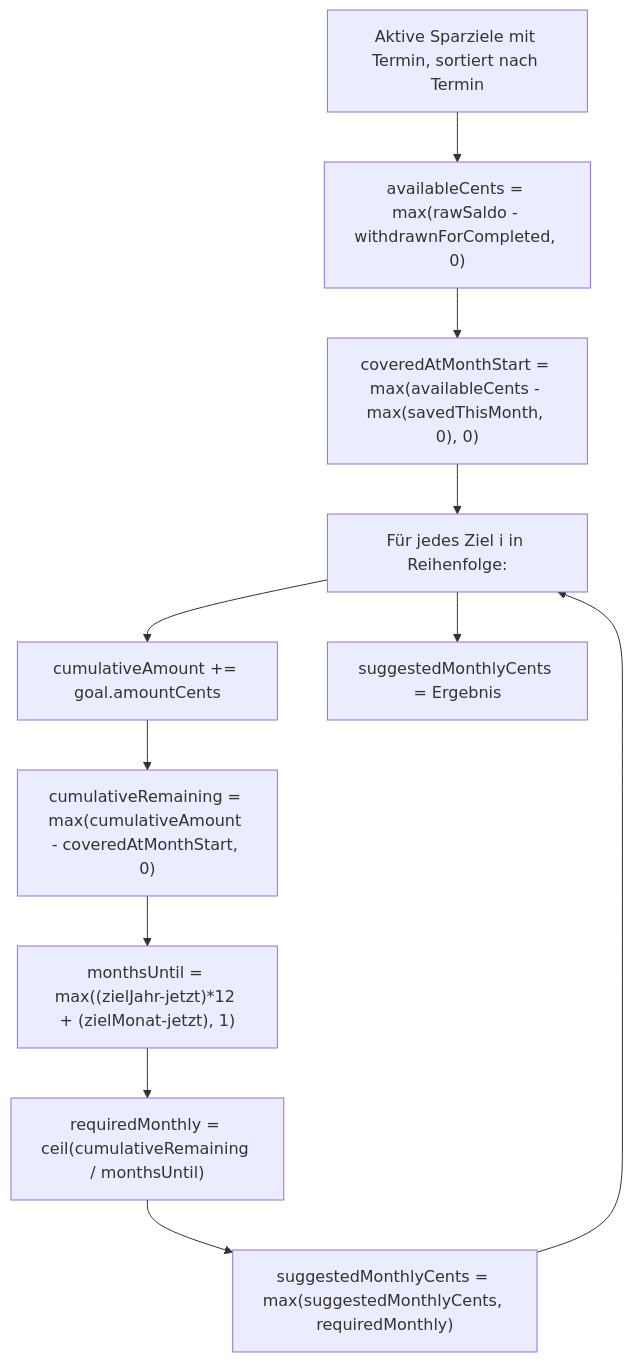
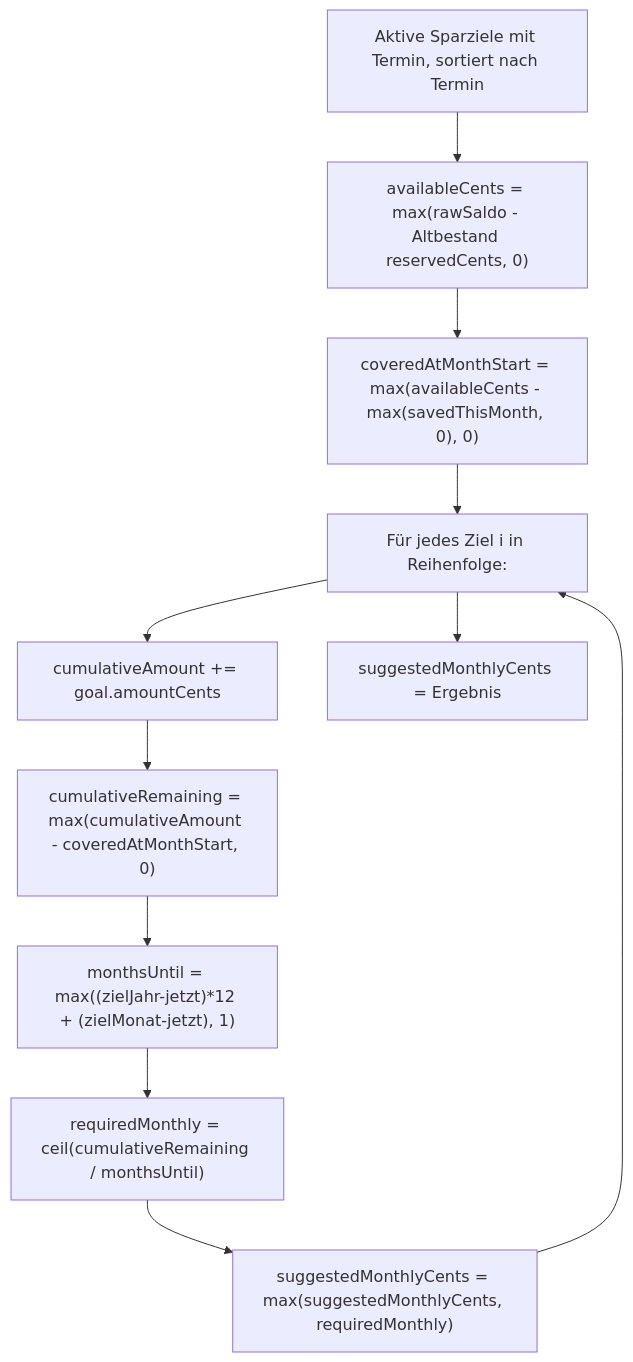
Before and after one commit to konradthiemann/Doewe: the diagram in docs/calculations/07-sparziele.md, drawn with Mermaid. The commit also changed other lines of this file and 2 other files, not shown here.

````diff
--- a/docs/calculations/07-sparziele.md
+++ b/docs/calculations/07-sparziele.md
@@ -140,13 +162,13 @@
 ```mermaid
 flowchart TD
     A["Aktive Sparziele mit Termin, sortiert nach Termin"] --> B
-    B["availableCents = max(rawSaldo - withdrawnForCompleted, 0)"] --> C
+    B["availableCents = max(rawSaldo - Altbestand reservedCents, 0)"] --> C
     C["coveredAtMonthStart = max(availableCents - max(savedThisMonth, 0), 0)"] --> LOOP
     LOOP["Für jedes Ziel i in Reihenfolge:"] --> CUM["cumulativeAmount += goal.amountCents"]
     CUM --> REM["cumulativeRemaining = max(cumulativeAmount - coveredAtMonthStart, 0)"]
     REM --> MONTHS["monthsUntil = max((zielJahr-jetzt)*12 + (zielMonat-jetzt), 1)"]
     MONTHS --> REQ["requiredMonthly = ceil(cumulativeRemaining / monthsUntil)"]
     REQ --> MAX["suggestedMonthlyCents = max(suggestedMonthlyCents, requiredMonthly)"]
     MAX --> LOOP
     LOOP --> DONE["suggestedMonthlyCents = Ergebnis"]
 ```
````
